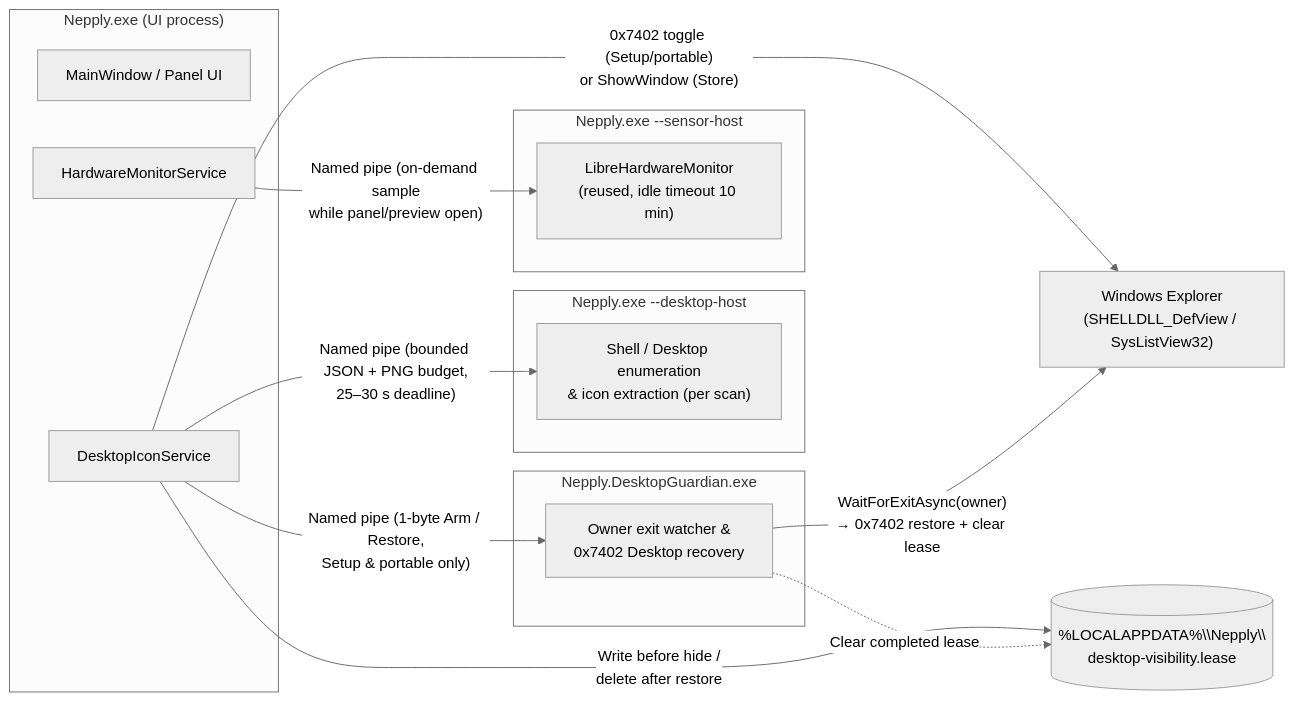
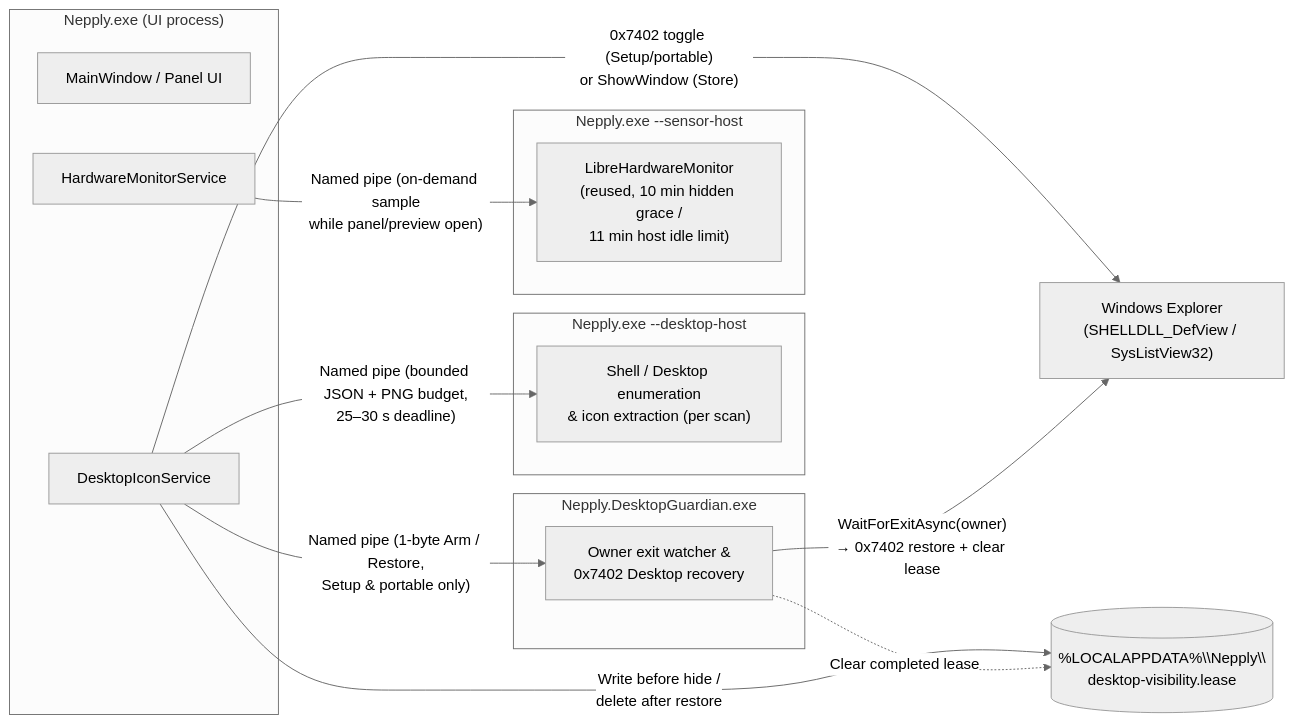
One commit to minhquang0607/Nepply changed the first of 2 diagrams in docs/architecture/MODULES.en.md. Above: the diagram before and after it, drawn with Mermaid (neutral theme). The commit also changed other lines of this file and 12 other files, not shown here.

Commit message:
fix: align audit checklist, user guide, and architecture docs with code

````diff
--- a/docs/architecture/MODULES.en.md
+++ b/docs/architecture/MODULES.en.md
@@ -15,31 +15,31 @@
 ```mermaid
 flowchart LR
     subgraph UI["Nepply.exe (UI process)"]
         MW["MainWindow / Panel UI"]
         DIS["DesktopIconService"]
         HMS["HardwareMonitorService"]
     end
 
     subgraph DH["Nepply.exe --desktop-host"]
         Scan["Shell / Desktop enumeration\n& icon extraction (per scan)"]
     end
 
     subgraph SH["Nepply.exe --sensor-host"]
-        LHM["LibreHardwareMonitor\n(reused, idle timeout 10 min)"]
+        LHM["LibreHardwareMonitor\n(reused, 10 min hidden grace /\n11 min host idle limit)"]
     end
 
     subgraph GD["Nepply.DesktopGuardian.exe"]
         Guard["Owner exit watcher &\n0x7402 Desktop recovery"]
     end
 
     EXP["Windows Explorer\n(SHELLDLL_DefView / SysListView32)"]
     LEASE[("%LOCALAPPDATA%\\Nepply\\\ndesktop-visibility.lease")]
 
     DIS -- "Named pipe (bounded JSON + PNG budget,\n25–30 s deadline)" --> Scan
     HMS -- "Named pipe (on-demand sample\nwhile panel/preview open)" --> LHM
     DIS -- "Named pipe (1-byte Arm / Restore,\nSetup & portable only)" --> Guard
     DIS -- "Write before hide /\ndelete after restore" --> LEASE
     DIS -- "0x7402 toggle (Setup/portable)\nor ShowWindow (Store)" --> EXP
     Guard -- "WaitForExitAsync(owner)\n→ 0x7402 restore + clear lease" --> EXP
     Guard -. "Clear completed lease" .-> LEASE
 ```
````
